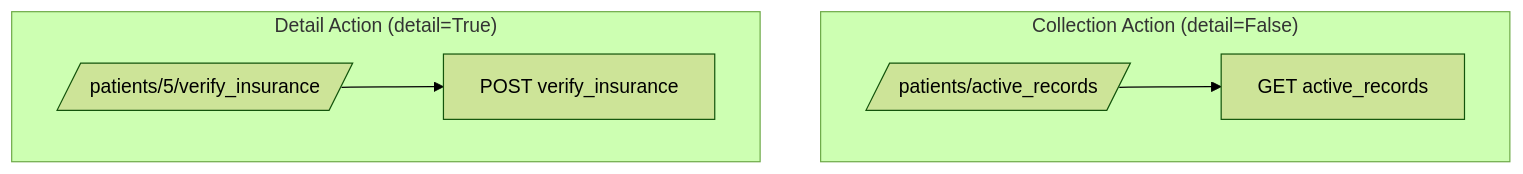
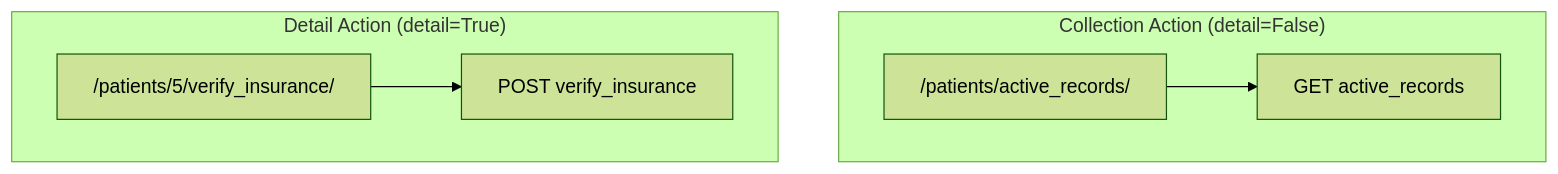
One commit to Vtheonly/Obsidian_Notes changed the diagram in Master 1/S2/Microservices/07. ViewSets and Routing Automations/07.5. Custom Actions and Routes using action.md. Above: the diagram before and after it, drawn with Mermaid (forest theme). The commit also changed 106 other files, not shown here.

````diff
--- a/Master 1/S2/Microservices/07. ViewSets and Routing Automations/07.5. Custom Actions and Routes using action.md
+++ b/Master 1/S2/Microservices/07. ViewSets and Routing Automations/07.5. Custom Actions and Routes using action.md
@@ -14,10 +14,10 @@
 ```mermaid
 graph TD
     subgraph "Collection Action (detail=False)"
-        PathCollection[/patients/active_records/] --> ActionCollection[GET active_records]
+        PathCollection["/patients/active_records/"] --> ActionCollection["GET active_records"]
     end
     
     subgraph "Detail Action (detail=True)"
-        PathDetail[/patients/5/verify_insurance/] --> ActionDetail[POST verify_insurance]
+        PathDetail["/patients/5/verify_insurance/"] --> ActionDetail["POST verify_insurance"]
     end
 ```
````
